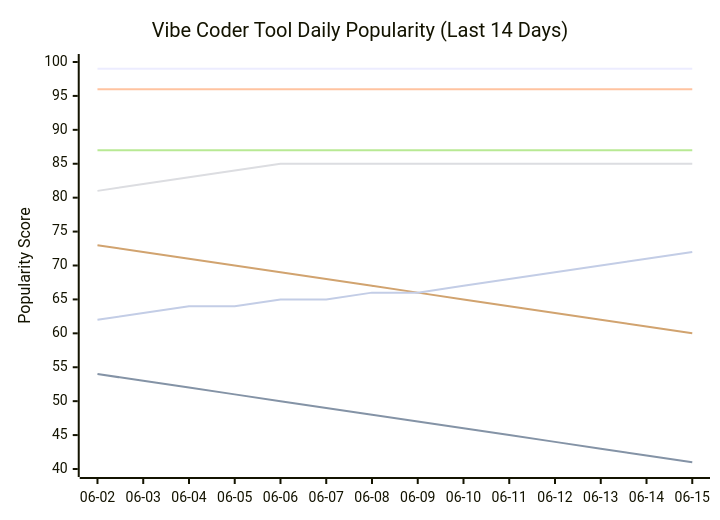
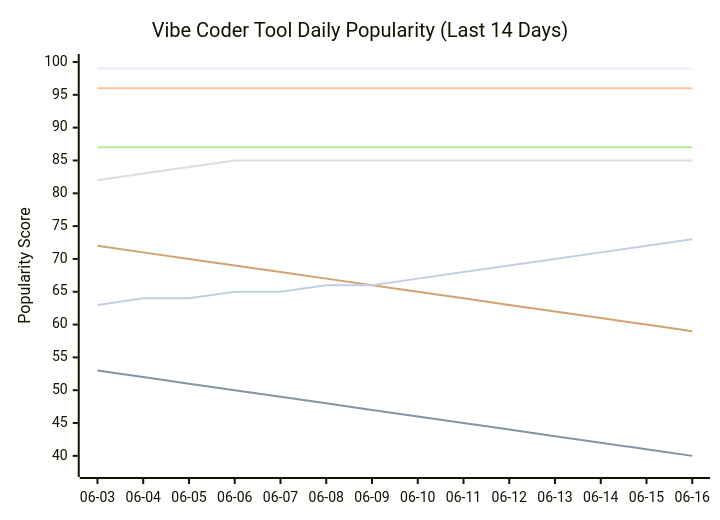
Before and after one commit to tykimos/ai-whatchelin: the seventh of 11 diagrams in README.md, drawn with Mermaid. The commit also changed other lines of this file and 4 other files, not shown here.

````diff
--- a/README.md
+++ b/README.md
@@ -1596,13 +1605,13 @@
 ```mermaid
 xychart-beta
     title "Vibe Coder Tool Daily Popularity (Last 14 Days)"
-    x-axis ["06-02", "06-03", "06-04", "06-05", "06-06", "06-07", "06-08", "06-09", "06-10", "06-11", "06-12", "06-13", "06-14", "06-15"]
-    y-axis "Popularity Score" 40 --> 100
+    x-axis ["06-03", "06-04", "06-05", "06-06", "06-07", "06-08", "06-09", "06-10", "06-11", "06-12", "06-13", "06-14", "06-15", "06-16"]
+    y-axis "Popularity Score" 38 --> 100
     line "Claude Code" [99, 99, 99, 99, 99, 99, 99, 99, 99, 99, 99, 99, 99, 99]
-    line "GH Copilot" [54, 53, 52, 51, 50, 49, 48, 47, 46, 45, 44, 43, 42, 41]
+    line "GH Copilot" [53, 52, 51, 50, 49, 48, 47, 46, 45, 44, 43, 42, 41, 40]
     line "Cursor" [96, 96, 96, 96, 96, 96, 96, 96, 96, 96, 96, 96, 96, 96]
-    line "Windsurf" [81, 82, 83, 84, 85, 85, 85, 85, 85, 85, 85, 85, 85, 85]
+    line "Windsurf" [82, 83, 84, 85, 85, 85, 85, 85, 85, 85, 85, 85, 85, 85]
     line "Codex CLI" [87, 87, 87, 87, 87, 87, 87, 87, 87, 87, 87, 87, 87, 87]
-    line "Gemini CLI" [73, 72, 71, 70, 69, 68, 67, 66, 65, 64, 63, 62, 61, 60]
-    line "Antigravity" [62, 63, 64, 64, 65, 65, 66, 66, 67, 68, 69, 70, 71, 72]
+    line "Gemini CLI" [72, 71, 70, 69, 68, 67, 66, 65, 64, 63, 62, 61, 60, 59]
+    line "Antigravity" [63, 64, 64, 65, 65, 66, 66, 67, 68, 69, 70, 71, 72, 73]
 ```
````
